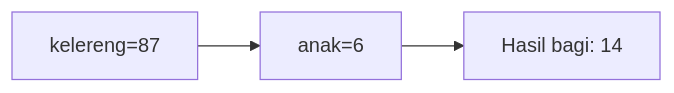
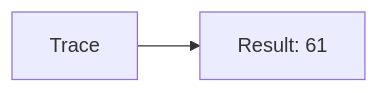
One commit to amnahwaida/OSNK_INF_PREP changed diagram 15 of 25 in part-c-pemahaman-cpp/01-tipe-data/latihan/set-08.md. Above: the diagram before and after it, drawn with Mermaid. The commit also changed other lines of this file and 71 other files, not shown here.

````diff
--- a/part-c-pemahaman-cpp/01-tipe-data/latihan/set-08.md
+++ b/part-c-pemahaman-cpp/01-tipe-data/latihan/set-08.md
@@ -480,5 +316,4 @@
 ```mermaid
 graph LR
-A["kelereng=87"] --> B["anak=6"]
-B --> C["Hasil bagi: 14"]
+A[Trace] --> B[Result: 61]
 ```
````
